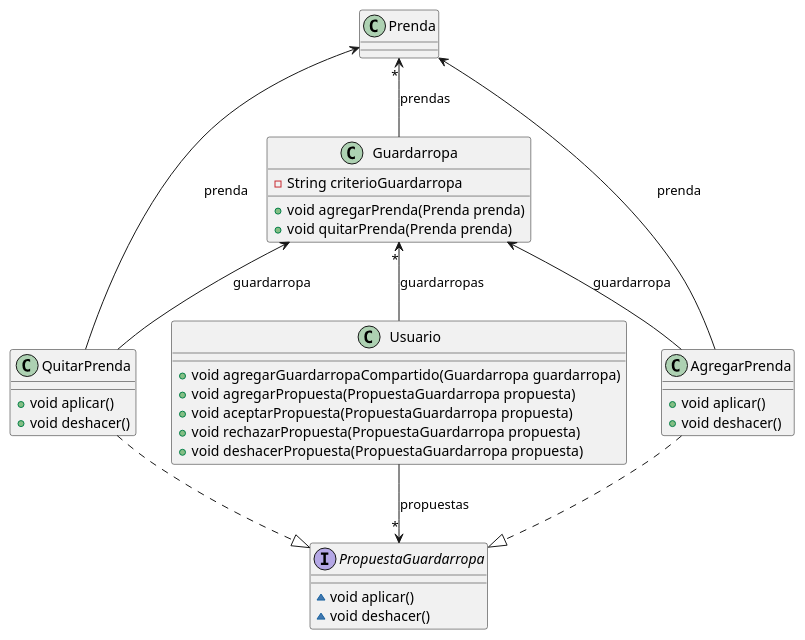
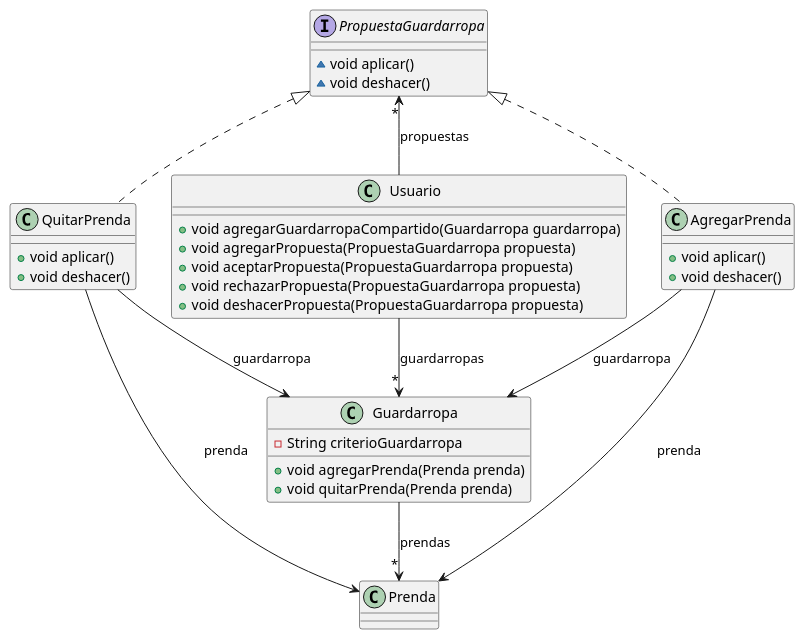
One commit to AlejandroDeheza/QMP changed the diagram in diagramas/qmp5.puml. Above: the diagram before and after it, drawn with PlantUML. The commit also changed 1 other file, not shown here.

Commit message:
arreglo diagrama

```diff
--- a/diagramas/qmp5.puml
+++ b/diagramas/qmp5.puml
@@ -1,42 +1,42 @@
 @startuml
 
 class Guardarropa {
 - String criterioGuardarropa
 + void agregarPrenda(Prenda prenda)
 + void quitarPrenda(Prenda prenda)
 }
 
 Interface PropuestaGuardarropa {
 ~ void aplicar()
 ~ void deshacer()
 }
 
 class AgregarPrenda {
 + void aplicar()
 + void deshacer()
 }
 
 class QuitarPrenda {
 + void aplicar()
 + void deshacer()
 }
 
 class Usuario {
 + void agregarGuardarropaCompartido(Guardarropa guardarropa)
 + void agregarPropuesta(PropuestaGuardarropa propuesta)
 + void aceptarPropuesta(PropuestaGuardarropa propuesta)
 + void rechazarPropuesta(PropuestaGuardarropa propuesta)
 + void deshacerPropuesta(PropuestaGuardarropa propuesta)
 }
 
-Prenda "*" <-- Guardarropa: prendas
-PropuestaGuardarropa <|..up AgregarPrenda
-PropuestaGuardarropa <|..up QuitarPrenda
-Guardarropa <-- AgregarPrenda: guardarropa
-Prenda <-- AgregarPrenda: prenda
-Guardarropa <-- QuitarPrenda: guardarropa
-Prenda <-- QuitarPrenda: prenda
-Guardarropa "*" <-- Usuario: guardarropas
-PropuestaGuardarropa "*" <--up Usuario: propuestas
+Prenda "*" <--up Guardarropa: prendas
+PropuestaGuardarropa <|.. AgregarPrenda
+PropuestaGuardarropa <|.. QuitarPrenda
+Guardarropa <--up AgregarPrenda: guardarropa
+Prenda <--up AgregarPrenda: prenda
+Guardarropa <--up QuitarPrenda: guardarropa
+Prenda <--up QuitarPrenda: prenda
+Guardarropa "*" <--up Usuario: guardarropas
+PropuestaGuardarropa "*" <-- Usuario: propuestas
 
 @enduml
```
